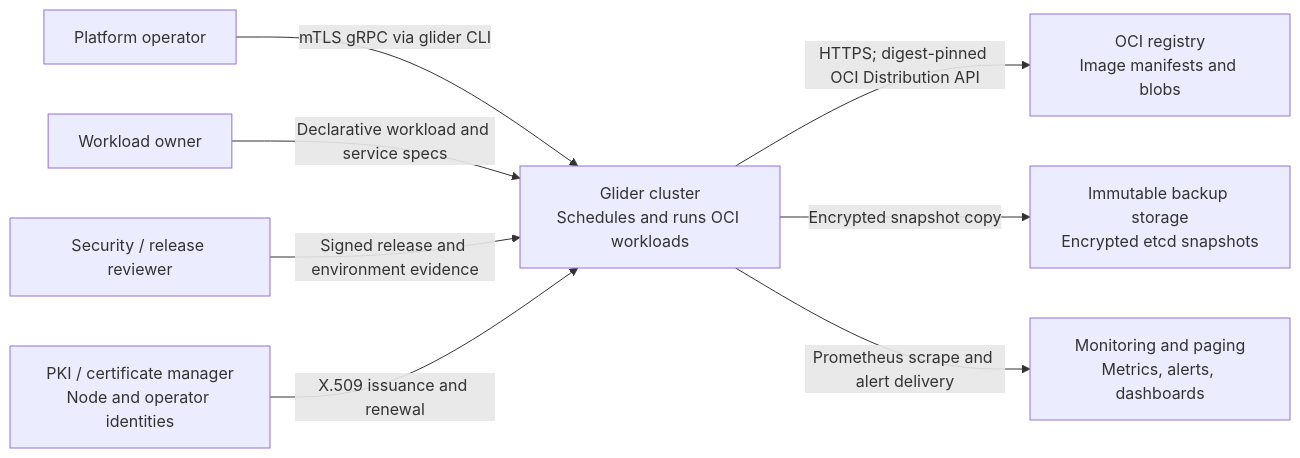
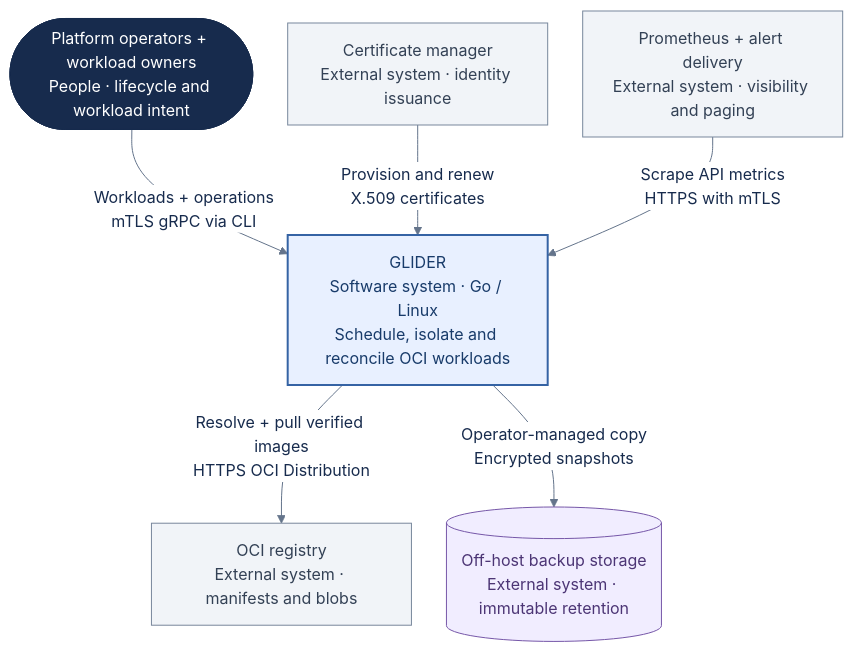
Before and after one commit to santinomarial/Glider: the diagram in docs/architecture/system-context.md, drawn with Mermaid. The commit also changed other lines of this file and 10 other files, not shown here.

Commit message:
Clarify architecture diagrams and add presentation exports

````diff
--- a/docs/architecture/system-context.md
+++ b/docs/architecture/system-context.md
@@ -9,21 +9,21 @@
 ```mermaid
-flowchart LR
-    operator["Platform operator"]
-    workload["Workload owner"]
-    reviewer["Security / release reviewer"]
-
-    glider["Glider cluster<br/>Schedules and runs OCI workloads"]
-
-    registry["OCI registry<br/>Image manifests and blobs"]
-    identity["PKI / certificate manager<br/>Node and operator identities"]
-    backup["Immutable backup storage<br/>Encrypted etcd snapshots"]
-    monitor["Monitoring and paging<br/>Metrics, alerts, dashboards"]
-
-    operator -->|"mTLS gRPC via glider CLI"| glider
-    workload -->|"Declarative workload and service specs"| glider
-    reviewer -->|"Signed release and environment evidence"| glider
-    glider -->|"HTTPS; digest-pinned OCI Distribution API"| registry
-    identity -->|"X.509 issuance and renewal"| glider
-    glider -->|"Encrypted snapshot copy"| backup
-    glider -->|"Prometheus scrape and alert delivery"| monitor
+%%{init: {"theme":"base","themeVariables":{"fontFamily":"Arial, sans-serif","fontSize":"16px","lineColor":"#64748b","primaryTextColor":"#172b4d","edgeLabelBackground":"#ffffff"},"flowchart":{"curve":"basis","nodeSpacing":35,"rankSpacing":50}}}%%
+flowchart TB
+    accTitle: Glider system context — people and external dependencies
+    accDescr: Operators and workload owners use Glider through the CLI. External systems supply images and certificates, scrape metrics, and retain encrypted backups.
+    people(["Platform operators + workload owners<br/>People · lifecycle and workload intent"]):::person
+    glider["GLIDER<br/>Software system · Go / Linux<br/>Schedule, isolate and reconcile OCI workloads"]:::control
+    registry["OCI registry<br/>External system · manifests and blobs"]:::external
+    identity["Certificate manager<br/>External system · identity issuance"]:::external
+    monitor["Prometheus + alert delivery<br/>External system · visibility and paging"]:::external
+    backup[("Off-host backup storage<br/>External system · immutable retention")]:::store
+    people -->|"Workloads + operations<br/>mTLS gRPC via CLI"| glider
+    glider -->|"Resolve + pull verified images<br/>HTTPS OCI Distribution"| registry
+    identity -->|"Provision and renew<br/>X.509 certificates"| glider
+    monitor -->|"Scrape API metrics<br/>HTTPS with mTLS"| glider
+    glider -->|"Operator-managed copy<br/>Encrypted snapshots"| backup
+    classDef person fill:#172b4d,stroke:#172b4d,color:#ffffff
+    classDef control fill:#e8f0ff,stroke:#3563a4,color:#183b6a,stroke-width:2px
+    classDef external fill:#f1f4f8,stroke:#78879c,color:#334155
+    classDef store fill:#f1edff,stroke:#7657a8,color:#4c3575
 ```
````
